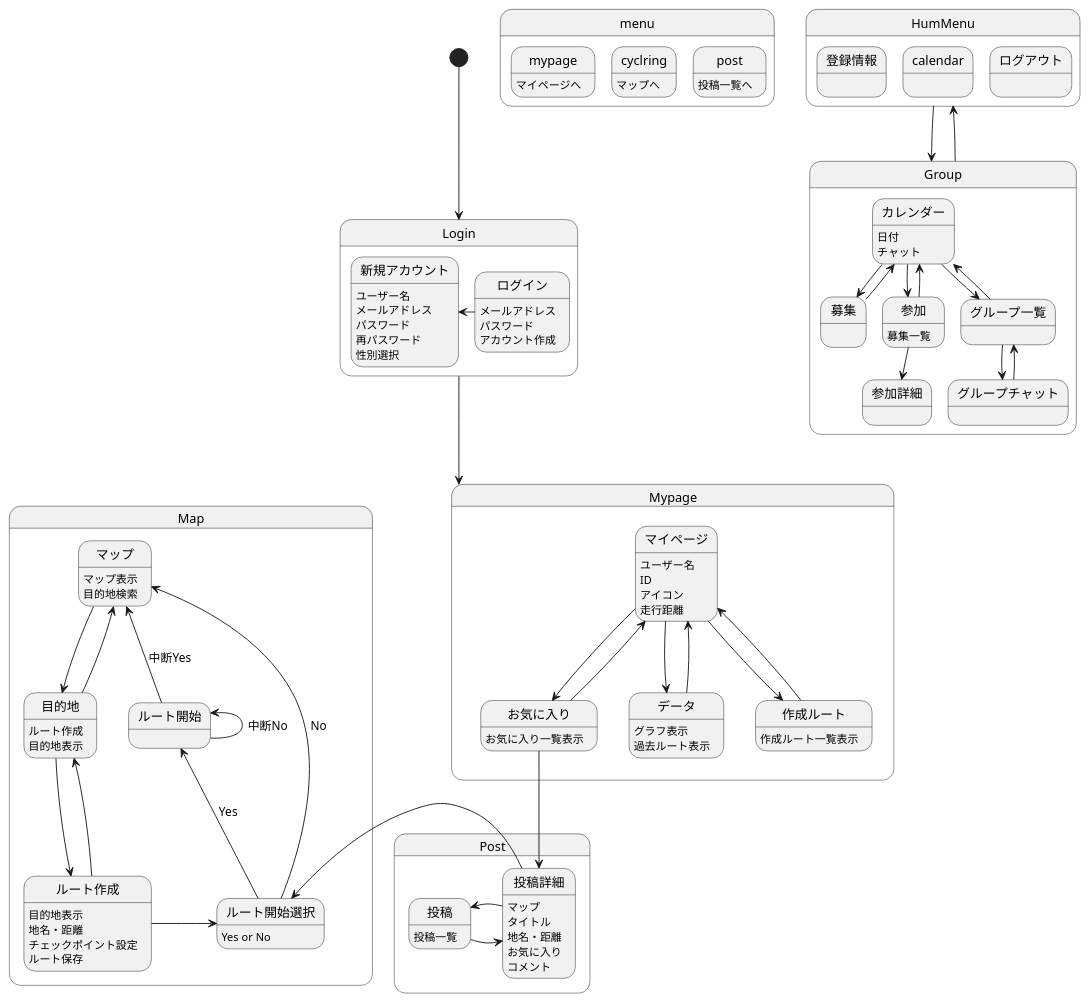
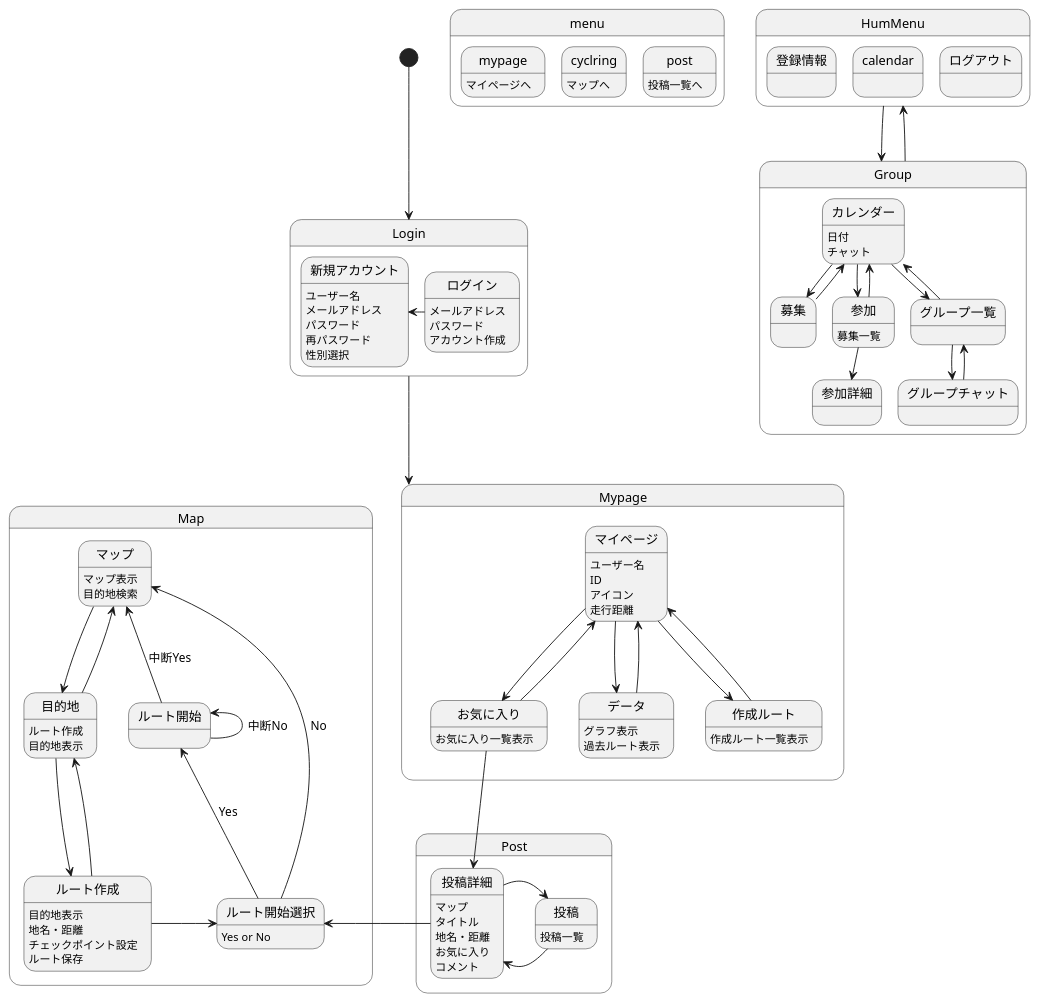
The diagram in 画面遷移図/gm.md (AsoSD3A3/CyclingSystem), drawn with PlantUML before and after one commit.

```diff
--- a/画面遷移図/gm.md
+++ b/画面遷移図/gm.md
@@ -93,8 +93,8 @@
 state Post{
 
 投稿:投稿一覧
-投稿-right->投稿詳細
-投稿詳細-left->投稿
+投稿-left->投稿詳細
+投稿詳細-right->投稿
 投稿詳細:マップ
 投稿詳細:タイトル
 投稿詳細:地名・距離
```
